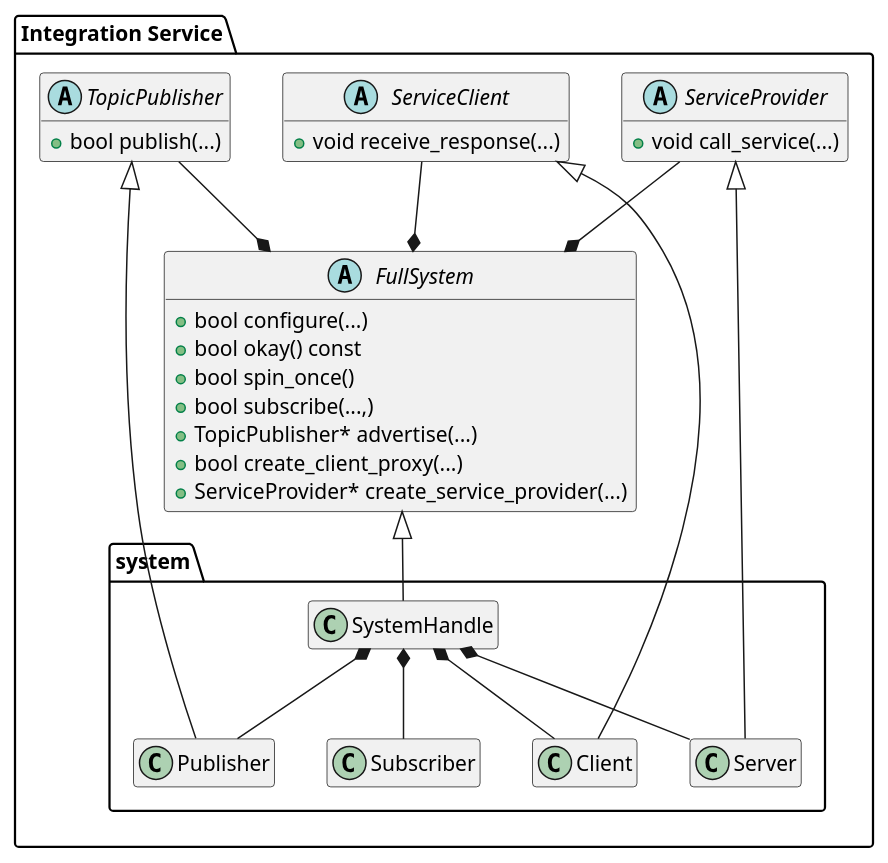
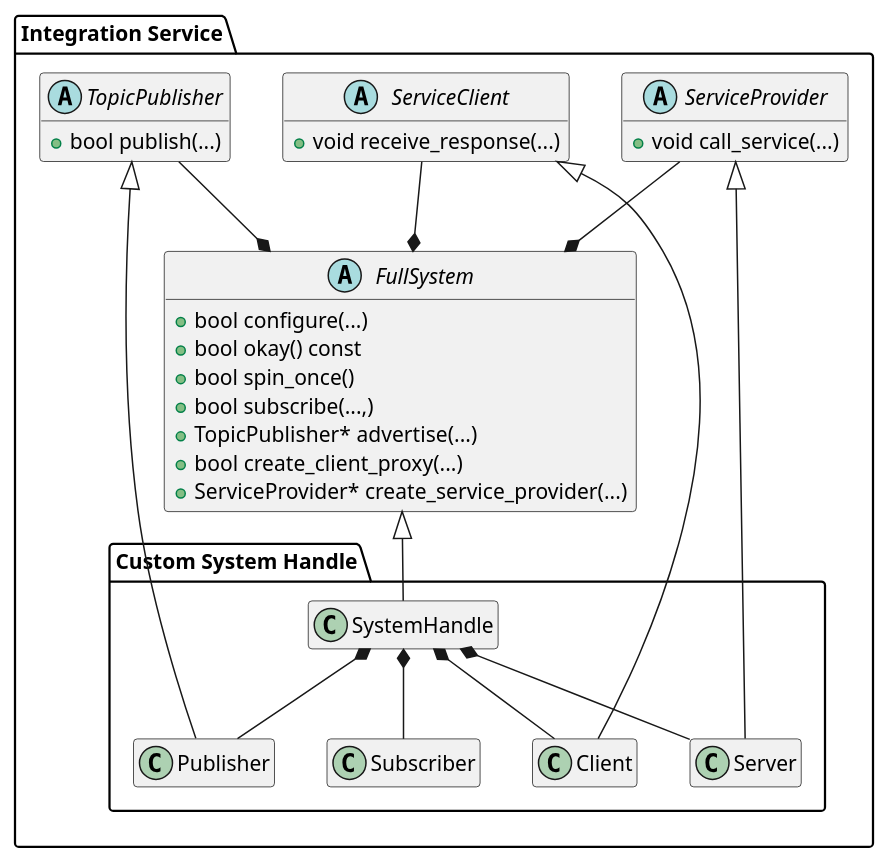
The diagram in docs/images/plantuml/sh_impl.plantuml (eProsima/Integration-Service-docs), drawn with PlantUML before and after one commit. The commit also changed 14 other files, not shown here.

```diff
--- a/docs/images/plantuml/sh_impl.plantuml
+++ b/docs/images/plantuml/sh_impl.plantuml
@@ -4,67 +4,67 @@
 @startuml
 hide empty members
 
 
 package "Integration Service" {
 
 
 abstract "TopicPublisher" as TP {
     +bool publish(...)
 }
 
 
 abstract "ServiceClient" as SC {
     +void receive_response(...)
 }
 
 
 abstract "ServiceProvider" as SP {
     +void call_service(...)
 }
 
 
 abstract "FullSystem" as FS {
     +bool configure(...)
     +bool okay() const
     +bool spin_once()
     +bool subscribe(...,)
     +TopicPublisher* advertise(...)
     +bool create_client_proxy(...)
     +ServiceProvider* create_service_provider(...)
 }
 
 
 FS *-up- TP
 FS *-up- SC
 FS *-up- SP
 
 
-package system {
+package "Custom System Handle" {
 class SystemHandle
 
 
 class Publisher
 
 
 class Subscriber
 
 
 class Server
 
 
 class Client
 
 SystemHandle *-- Publisher
 SystemHandle *-- Subscriber
 SystemHandle *-- Server
 SystemHandle *-- Client
 
 
 FS <|-- SystemHandle
 TP <|-- Publisher
 SP <|-- Server
 SC <|-- Client
 
 
 }
 @enduml
```
